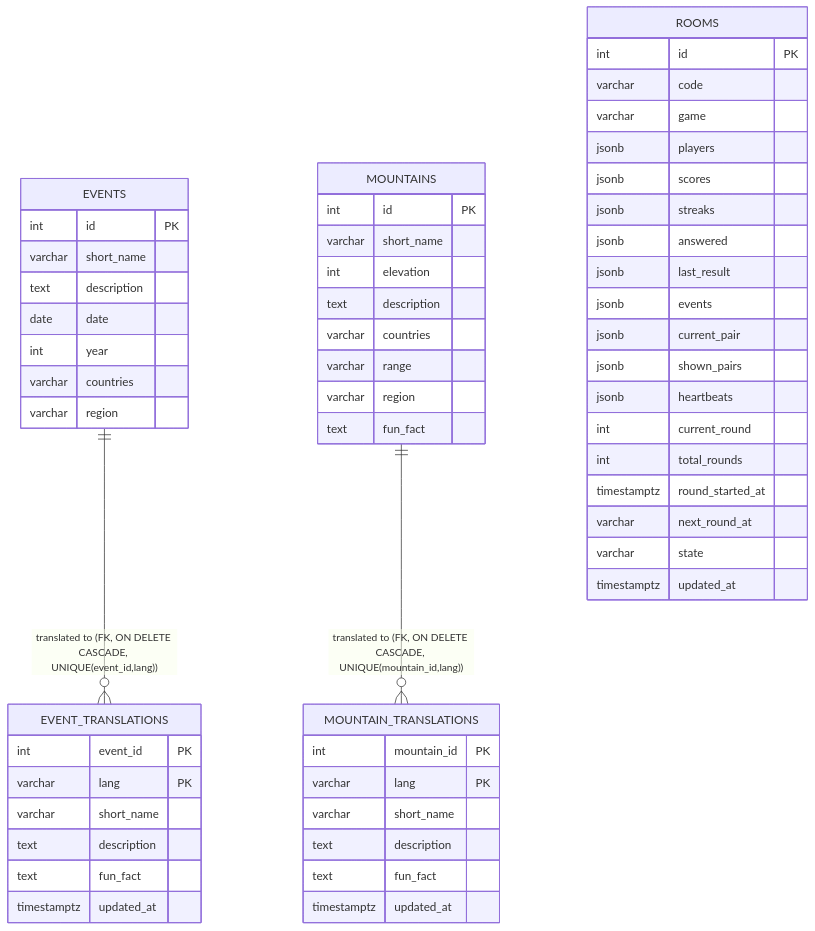
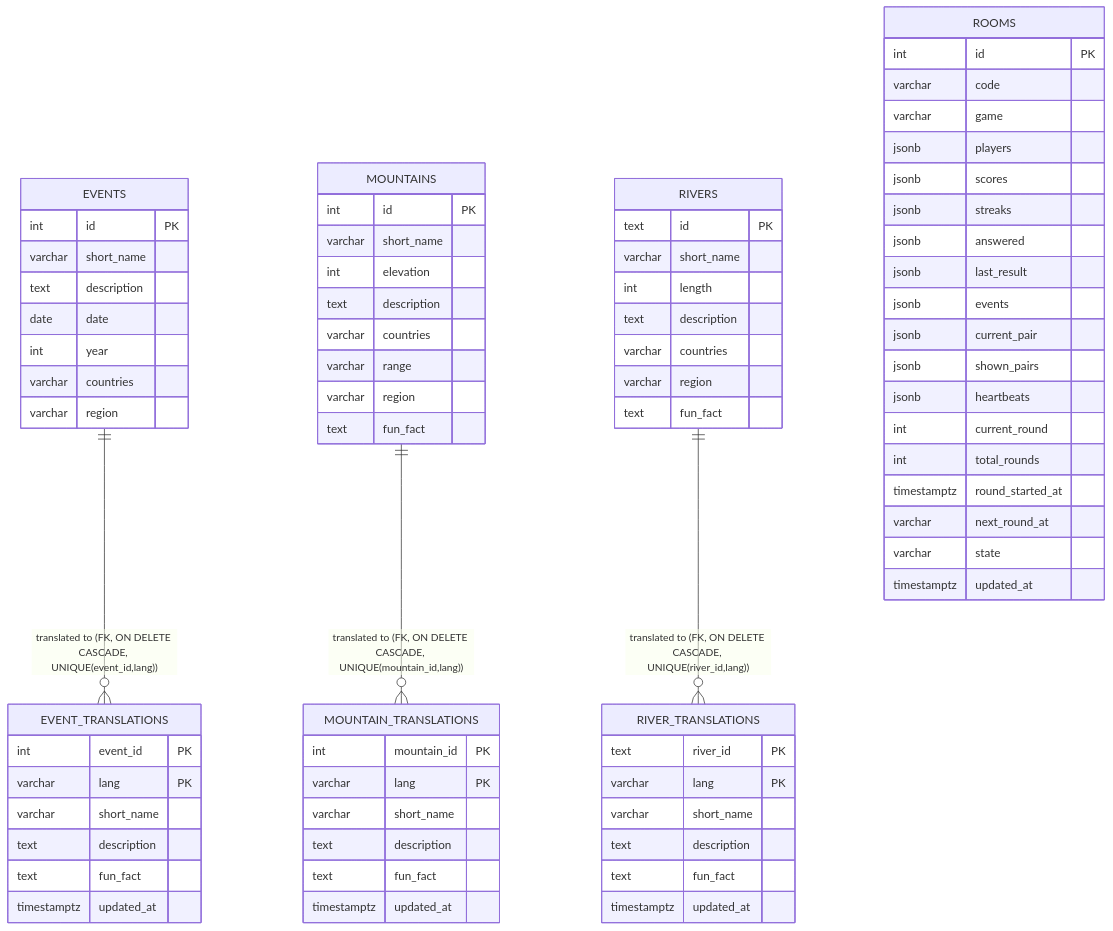
The third of 7 diagrams in docs/architecture.md (prokopHouda/history_game), drawn with Mermaid before and after one commit. The commit also changed other lines of this file and 4 other files, not shown here.

````diff
--- a/docs/architecture.md
+++ b/docs/architecture.md
@@ -186,6 +186,25 @@
         timestamptz updated_at
     }
 
+    RIVERS {
+        text id PK
+        varchar short_name
+        int length
+        text description
+        varchar countries
+        varchar region
+        text fun_fact
+    }
+
+    RIVER_TRANSLATIONS {
+        text river_id PK
+        varchar lang PK
+        varchar short_name
+        text description
+        text fun_fact
+        timestamptz updated_at
+    }
+
     ROOMS {
         int id PK
         varchar code
@@ -209,4 +228,5 @@
 
     EVENTS ||--o{ EVENT_TRANSLATIONS : "translated to (FK, ON DELETE CASCADE, UNIQUE(event_id,lang))"
     MOUNTAINS ||--o{ MOUNTAIN_TRANSLATIONS : "translated to (FK, ON DELETE CASCADE, UNIQUE(mountain_id,lang))"
+    RIVERS ||--o{ RIVER_TRANSLATIONS : "translated to (FK, ON DELETE CASCADE, UNIQUE(river_id,lang))"
 ```
````
